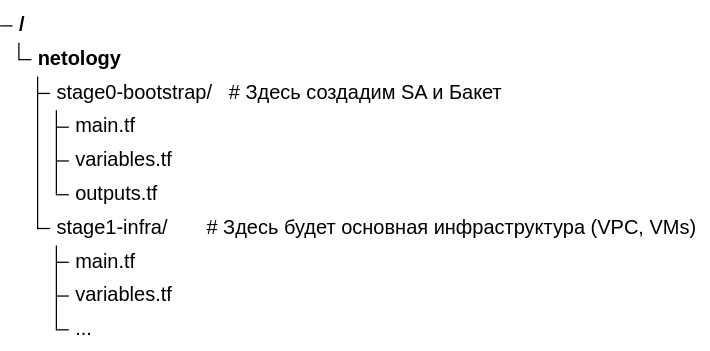
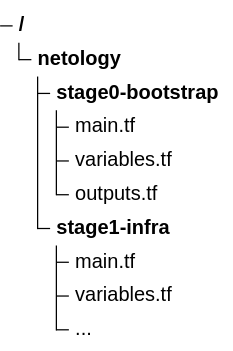
The diagram in mermaid/treeView-01.mmd (radiomost/netology), drawn with Mermaid (neutral theme) before and after one commit. The commit also changed 1 other file, not shown here.

```diff
--- a/mermaid/treeView-01.mmd
+++ b/mermaid/treeView-01.mmd
@@ -1,10 +1,10 @@
 treeView-beta
 netology/
-├── stage0-bootstrap/   # Здесь создадим SA и Бакет
-│   ├── main.tf
-│   ├── variables.tf
-│   └── outputs.tf
-└── stage1-infra/       # Здесь будет основная инфраструктура (VPC, VMs)
-    ├── main.tf
-    ├── variables.tf
-    └── ...
+  stage0-bootstrap/   
+    main.tf
+    variables.tf
+    outputs.tf
+  stage1-infra/ 
+    main.tf
+    variables.tf
+    ...
```
